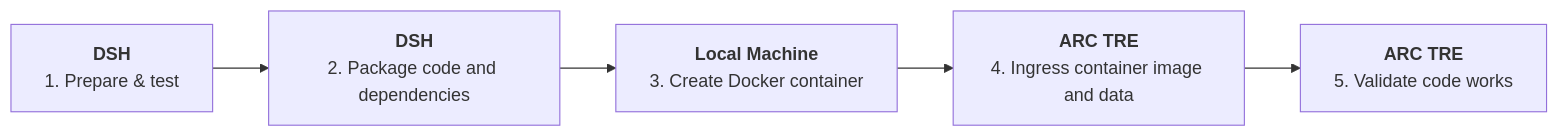
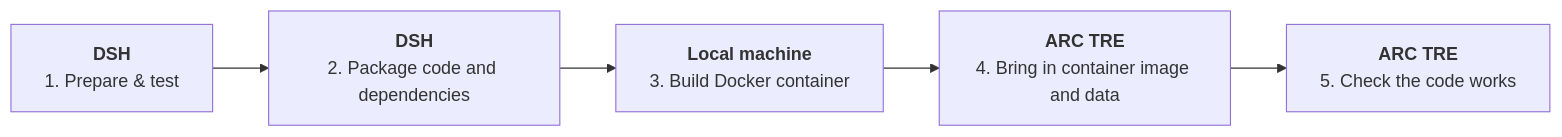
One commit to mxochicale/PLAYGROUND-dsh-tre-migrating-projects changed the diagram in python/README.md. Above: the diagram before and after it, drawn with Mermaid. The commit also changed other lines of this file, not shown here.

````diff
--- a/python/README.md
+++ b/python/README.md
@@ -4,7 +7,7 @@
 ```mermaid
 flowchart LR
     A["<b>DSH</b><br/>1. Prepare & test"] --> B["<b>DSH</b><br/>2. Package code and dependencies"]
-    B --> C["<b>Local Machine</b><br/>3. Create Docker container"]
-    C --> D["<b>ARC TRE</b><br/>4. Ingress container image and data"]
-    D --> E["<b>ARC TRE</b><br/>5. Validate code works"]
+    B --> C["<b>Local machine</b><br/>3. Build Docker container"]
+    C --> D["<b>ARC TRE</b><br/>4. Bring in container image and data"]
+    D --> E["<b>ARC TRE</b><br/>5. Check the code works"]
 ```
````
